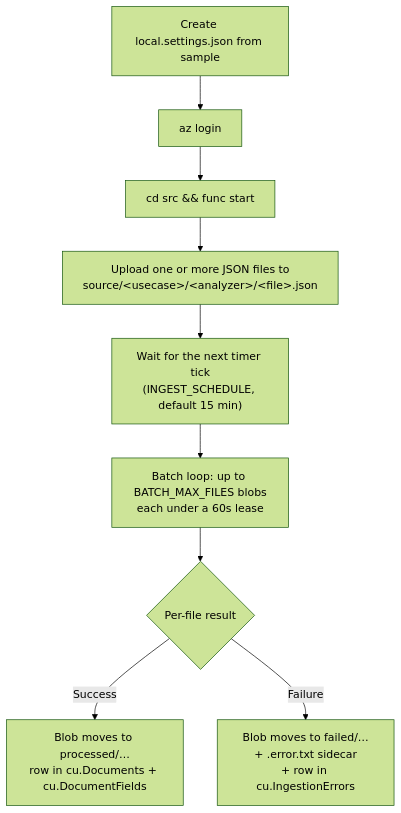
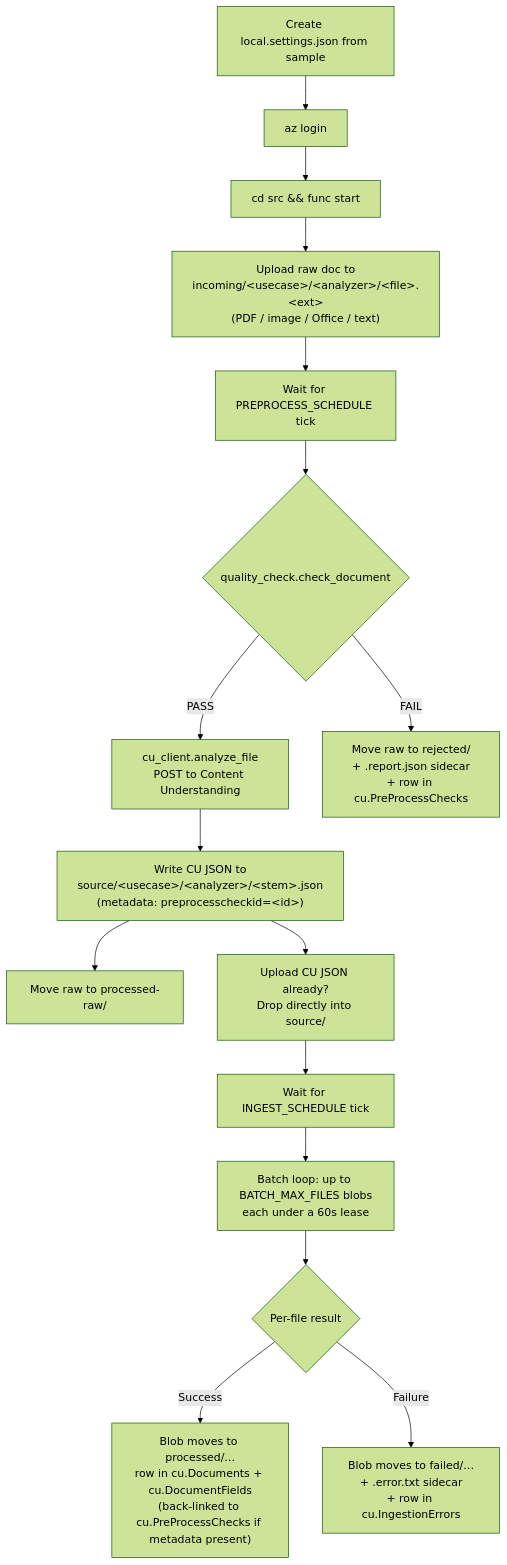
One commit to GeorgeStevens13/Content-Understanding-Confidence-Logger changed the diagram in src/README.md. Above: the diagram before and after it, drawn with Mermaid (forest theme). The commit also changed other lines of this file and 29 other files, not shown here.

Commit message:
addition of Pre-process data quality checking

````diff
--- a/src/README.md
+++ b/src/README.md
@@ -3,11 +3,18 @@
 ```mermaid
 flowchart TD
   A["Create local.settings.json from sample"] --> B["az login"]
   B --> C["cd src && func start"]
-  C --> D["Upload one or more JSON files to<br/>source/&lt;usecase&gt;/&lt;analyzer&gt;/&lt;file&gt;.json"]
-  D --> E["Wait for the next timer tick<br/>(INGEST_SCHEDULE, default 15 min)"]
+  C --> D1["Upload raw doc to<br/>incoming/&lt;usecase&gt;/&lt;analyzer&gt;/&lt;file&gt;.&lt;ext&gt;<br/>(PDF / image / Office / text)"]
+  D1 --> E1["Wait for PREPROCESS_SCHEDULE tick"]
+  E1 --> Q{quality_check.check_document}
+  Q -->|PASS| CU["cu_client.analyze_file<br/>POST to Content Understanding"]
+  Q -->|FAIL| RJ["Move raw to rejected/<br/>+ .report.json sidecar<br/>+ row in cu.PreProcessChecks"]
+  CU --> WJ["Write CU JSON to<br/>source/&lt;usecase&gt;/&lt;analyzer&gt;/&lt;stem&gt;.json<br/>(metadata: preprocesscheckid=&lt;id&gt;)"]
+  WJ --> PR["Move raw to processed-raw/"]
+  WJ --> D["Upload CU JSON already?<br/>Drop directly into source/"]
+  D --> E["Wait for INGEST_SCHEDULE tick"]
   E --> L["Batch loop: up to BATCH_MAX_FILES blobs<br/>each under a 60s lease"]
   L --> F{Per-file result}
-  F -->|Success| G["Blob moves to processed/…<br/>row in cu.Documents + cu.DocumentFields"]
+  F -->|Success| G["Blob moves to processed/…<br/>row in cu.Documents + cu.DocumentFields<br/>(back-linked to cu.PreProcessChecks if metadata present)"]
   F -->|Failure| H["Blob moves to failed/…<br/>+ .error.txt sidecar<br/>+ row in cu.IngestionErrors"]
 ```
````
